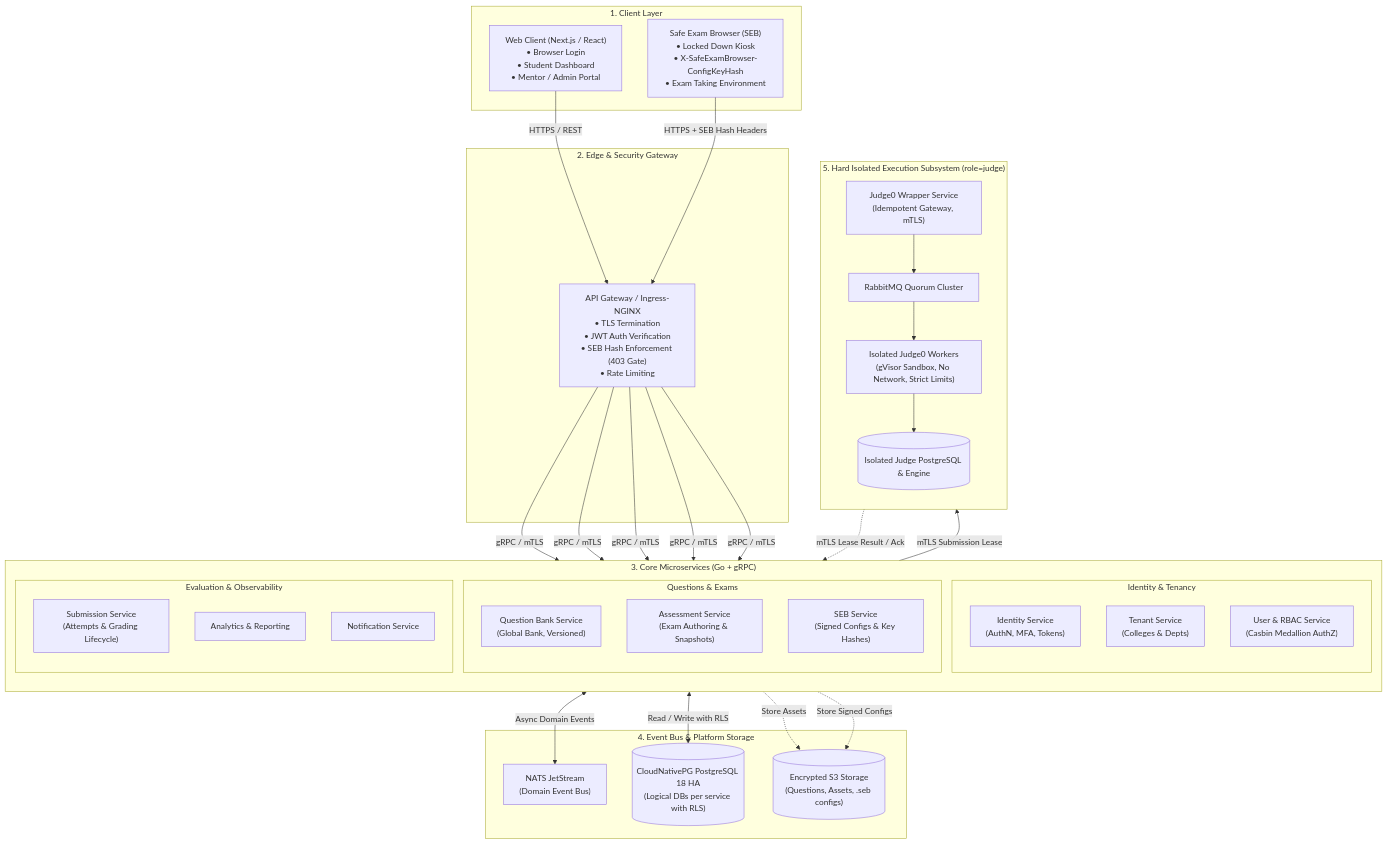
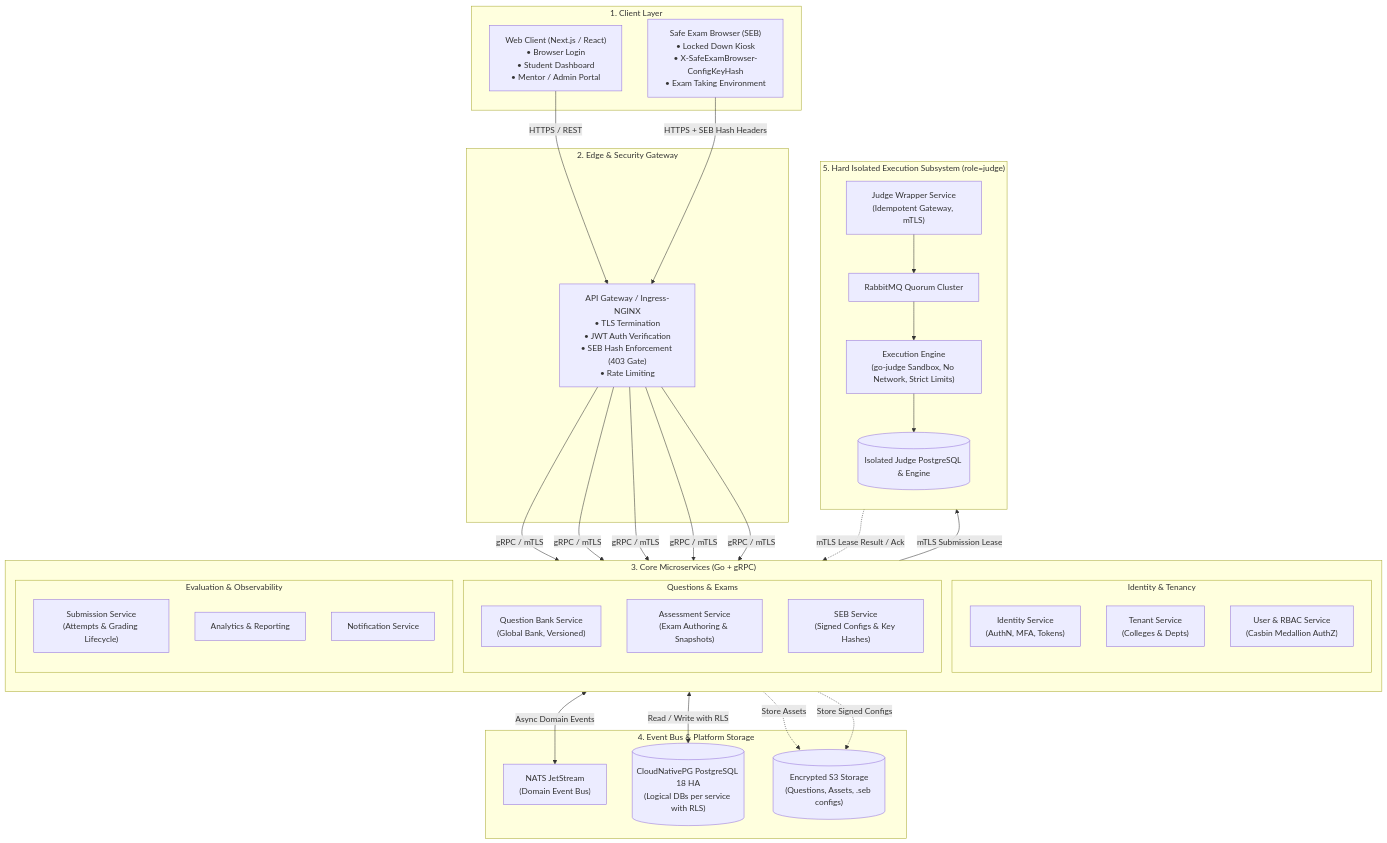
The diagram in docs/architecture/ARCHITECTURE_DIAGRAM.md (stjosephsplacements/AetherCode), drawn with Mermaid before and after one commit. The commit also changed 469 other files, not shown here.

````diff
--- a/docs/architecture/ARCHITECTURE_DIAGRAM.md
+++ b/docs/architecture/ARCHITECTURE_DIAGRAM.md
@@ -3,71 +3,71 @@
 ```mermaid
 flowchart TB
     subgraph Clients["1. Client Layer"]
         WebApp["Web Client (Next.js / React)<br/>• Browser Login<br/>• Student Dashboard<br/>• Mentor / Admin Portal"]
         SEBClient["Safe Exam Browser (SEB)<br/>• Locked Down Kiosk<br/>• X-SafeExamBrowser-ConfigKeyHash<br/>• Exam Taking Environment"]
     end
 
     subgraph Edge["2. Edge & Security Gateway"]
         Gateway["API Gateway / Ingress-NGINX<br/>• TLS Termination<br/>• JWT Auth Verification<br/>• SEB Hash Enforcement (403 Gate)<br/>• Rate Limiting"]
     end
 
     subgraph PlatformServices["3. Core Microservices (Go + gRPC)"]
         direction TB
         subgraph AuthAndOrg["Identity & Tenancy"]
             Identity["Identity Service<br/>(AuthN, MFA, Tokens)"]
             Tenant["Tenant Service<br/>(Colleges & Depts)"]
             UserSvc["User & RBAC Service<br/>(Casbin Medallion AuthZ)"]
         end
 
         subgraph Assessments["Questions & Exams"]
             QBank["Question Bank Service<br/>(Global Bank, Versioned)"]
             Assessment["Assessment Service<br/>(Exam Authoring & Snapshots)"]
             SEBSvc["SEB Service<br/>(Signed Configs & Key Hashes)"]
         end
 
         subgraph Execution["Evaluation & Observability"]
             Submission["Submission Service<br/>(Attempts & Grading Lifecycle)"]
             Analytics["Analytics & Reporting"]
             Notification["Notification Service"]
         end
     end
 
     subgraph MessagingStorage["4. Event Bus & Platform Storage"]
         NATS["NATS JetStream<br/>(Domain Event Bus)"]
         PlatformDB[("CloudNativePG PostgreSQL 18 HA<br/>(Logical DBs per service with RLS)")]
         S3Storage[("Encrypted S3 Storage<br/>(Questions, Assets, .seb configs)")]
     end
 
     subgraph JudgeIsolation["5. Hard Isolated Execution Subsystem (role=judge)"]
         direction TB
-        JudgeWrapper["Judge0 Wrapper Service<br/>(Idempotent Gateway, mTLS)"]
+        JudgeWrapper["Judge Wrapper Service<br/>(Idempotent Gateway, mTLS)"]
         RabbitMQ["RabbitMQ Quorum Cluster"]
-        JudgeWorkers["Isolated Judge0 Workers<br/>(gVisor Sandbox, No Network, Strict Limits)"]
+        JudgeWorkers["Execution Engine<br/>(go-judge Sandbox, No Network, Strict Limits)"]
         JudgeDB[("Isolated Judge PostgreSQL & Engine")]
 
         JudgeWrapper --> RabbitMQ
         RabbitMQ --> JudgeWorkers
         JudgeWorkers --> JudgeDB
     end
 
     %% Client to Edge
     WebApp -->|HTTPS / REST| Gateway
     SEBClient -->|HTTPS + SEB Hash Headers| Gateway
 
     %% Gateway to Services
     Gateway -->|gRPC / mTLS| Identity
     Gateway -->|gRPC / mTLS| UserSvc
     Gateway -->|gRPC / mTLS| Assessment
     Gateway -->|gRPC / mTLS| Submission
     Gateway -->|gRPC / mTLS| SEBSvc
 
     %% Core Services interactions
     PlatformServices <-->|Async Domain Events| NATS
     PlatformServices <-->|Read / Write with RLS| PlatformDB
     QBank -.->|Store Assets| S3Storage
     SEBSvc -.->|Store Signed Configs| S3Storage
 
     %% Submission to Judge
     Submission -->|mTLS Submission Lease| JudgeWrapper
     JudgeWrapper -.->|mTLS Lease Result / Ack| Submission
 ```
````
